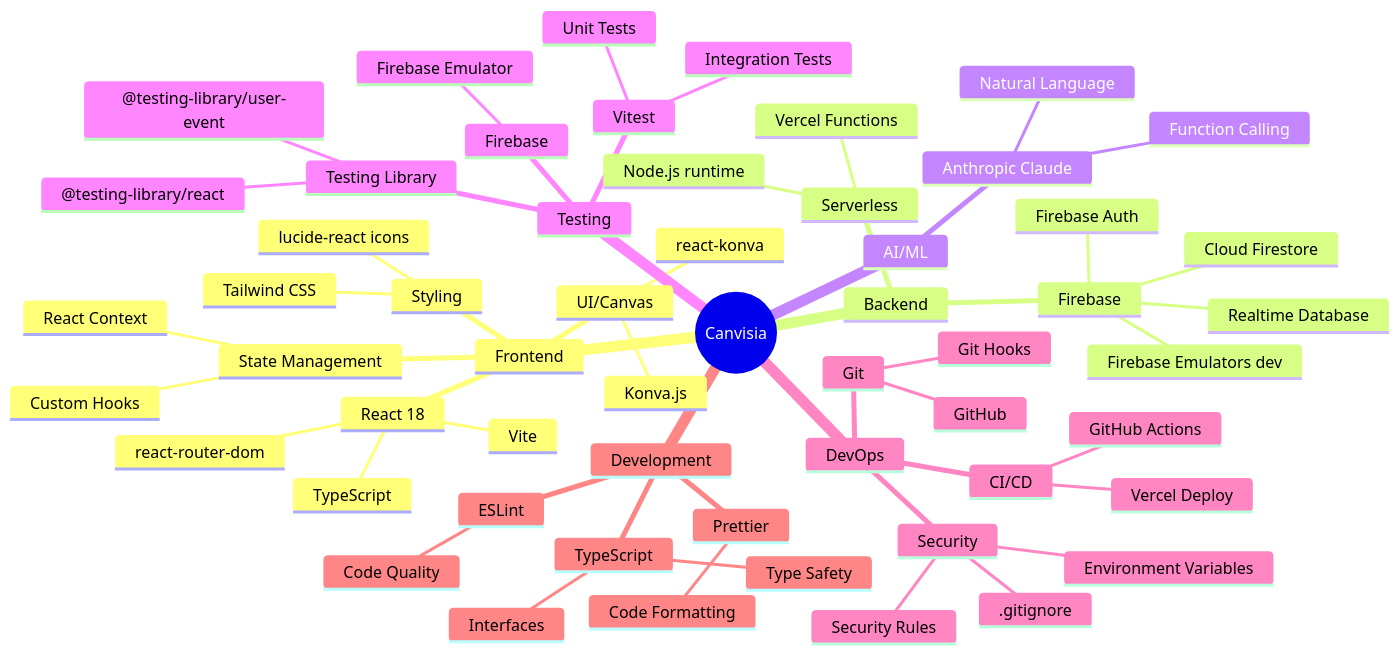
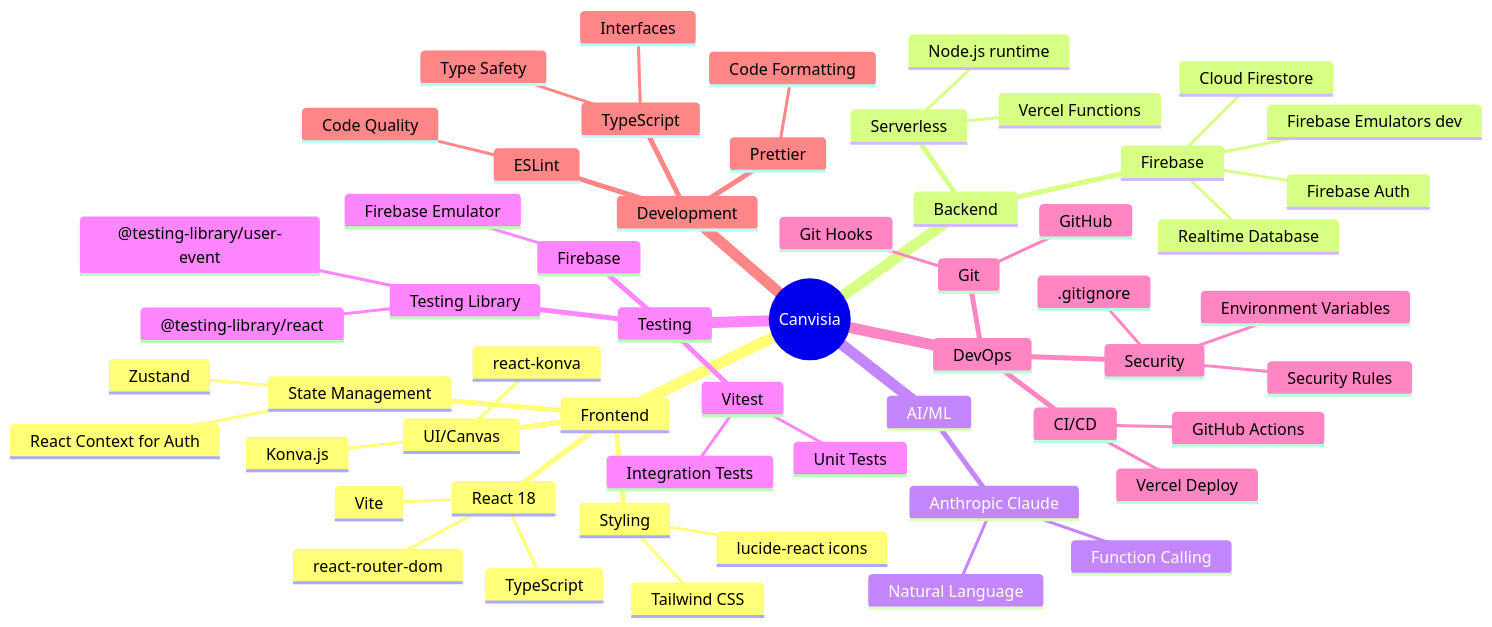
One commit to reena96/Canvisia changed diagram 15 of 15 in ARCHITECTURE_DIAGRAMS.md. Above: the diagram before and after it, drawn with Mermaid. The commit also changed 2 other files, not shown here.

Commit message:
Update task lists and architecture diagrams for Zustand state management
Changes:
- Updated TASK_LIST.md to use Zustand instead of React Context for canvas state
- Replaced all PixiJS references with Konva.js in task lists
- Added src/stores/ folder structure for Zustand stores (canvasStore, presenceStore)
- Updated PR #3 to create Zustand canvasStore instead of useCanvas hook
- Updated PR #5 to sync Firestore with Zustand store
- Updated PR #12 performance section for Zustand optimizations
- Updated TASK_LIST_WITH_TESTS.md with Zustand examples and store structure
- Updated ARCHITECTURE_DIAGRAMS.md diagram 15 mindmap to reference Zustand

All files now consistently reflect the decision to use Zustand for state management
to achieve better performance with 500+ objects via selective subscriptions.

🤖 Generated with [Claude Code](https://claude.com/claude-code)

````diff
--- a/ARCHITECTURE_DIAGRAMS.md
+++ b/ARCHITECTURE_DIAGRAMS.md
@@ -705,59 +705,59 @@
 ```mermaid
 mindmap
   root((Canvisia))
     Frontend
       React 18
         TypeScript
         Vite
         react-router-dom
       UI/Canvas
         Konva.js
         react-konva
       Styling
         Tailwind CSS
         lucide-react icons
       State Management
-        React Context
-        Custom Hooks
+        Zustand
+        React Context for Auth
     Backend
       Firebase
         Cloud Firestore
         Realtime Database
         Firebase Auth
         Firebase Emulators dev
       Serverless
         Vercel Functions
         Node.js runtime
     AI/ML
       Anthropic Claude
         Function Calling
         Natural Language
     Testing
       Vitest
         Unit Tests
         Integration Tests
       Testing Library
         @testing-library/react
         @testing-library/user-event
       Firebase
         Firebase Emulator
     DevOps
       Git
         GitHub
         Git Hooks
       CI/CD
         GitHub Actions
         Vercel Deploy
       Security
         Environment Variables
         .gitignore
         Security Rules
     Development
       TypeScript
         Type Safety
         Interfaces
       ESLint
         Code Quality
       Prettier
         Code Formatting
 ```
````
